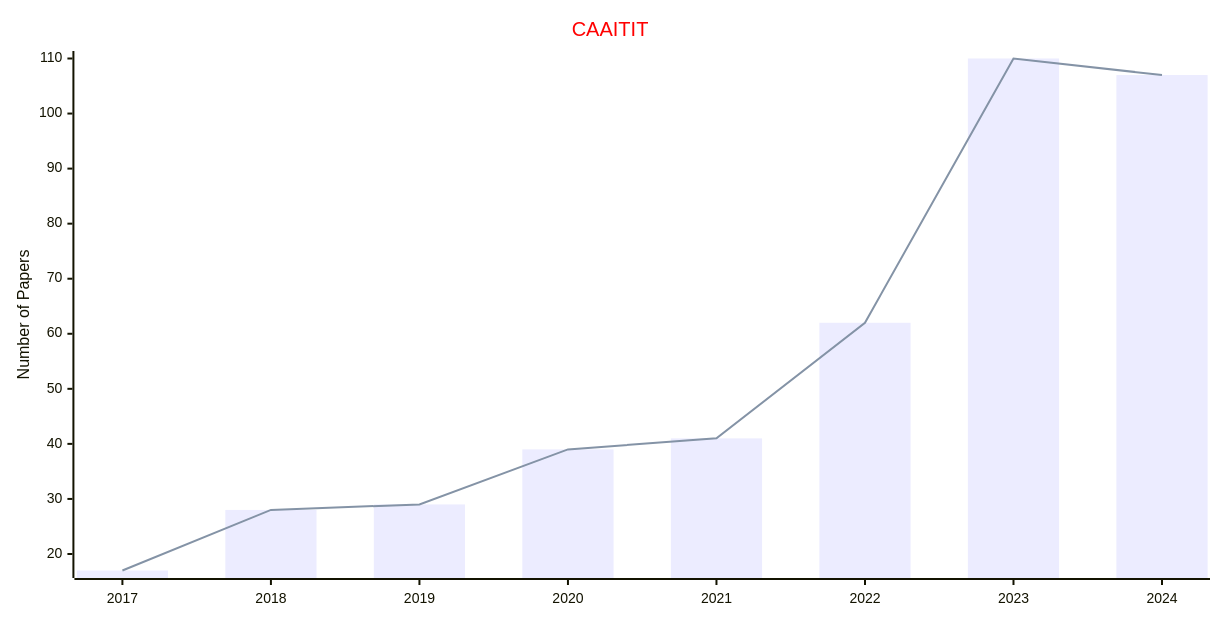
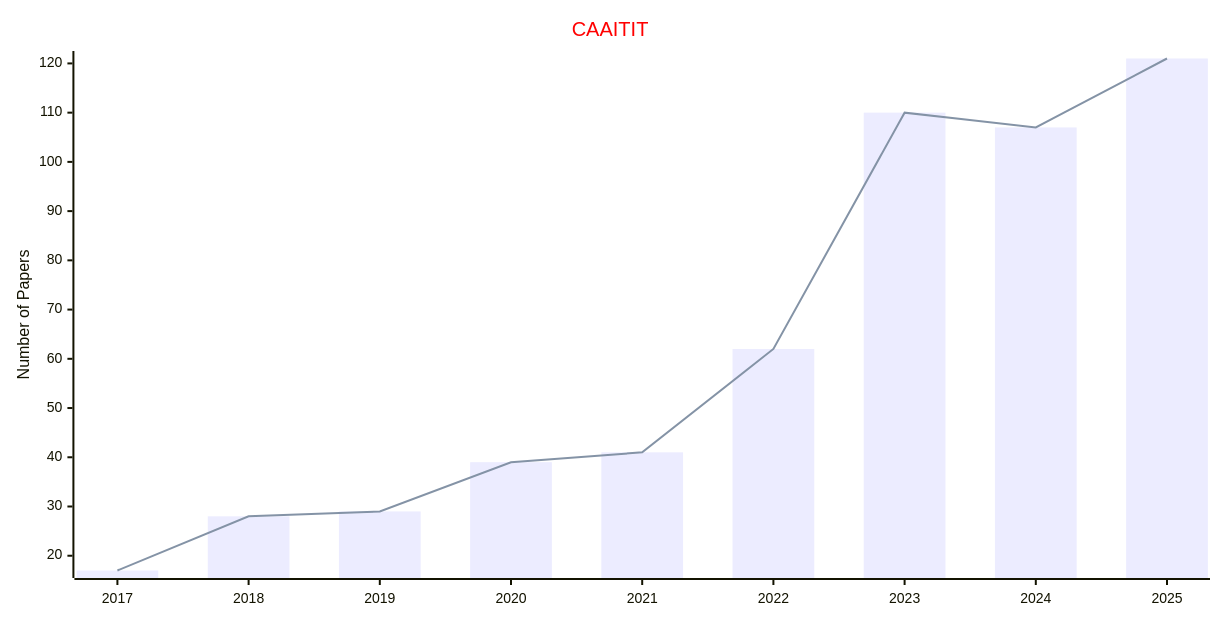
Before and after one commit to Easy-PhD/AILinks: diagram 23 of 27 in docs/data/Journals/Statistics_Journals/Artificial_Intelligence.md, drawn with Mermaid. The commit also changed other lines of this file and 107 other files, not shown here.

````diff
--- a/docs/data/Journals/Statistics_Journals/Artificial_Intelligence.md
+++ b/docs/data/Journals/Statistics_Journals/Artificial_Intelligence.md
@@ -537,17 +537,17 @@
 ```mermaid
 ---
 config:
     xyChart:
         width: 1200
         height: 600
     themeVariables:
         xyChart:
             titleColor: "#ff0000"
 ---
 xychart-beta
     title "CAAITIT"
-    x-axis [2017, 2018, 2019, 2020, 2021, 2022, 2023, 2024]
+    x-axis [2017, 2018, 2019, 2020, 2021, 2022, 2023, 2024, 2025]
     y-axis "Number of Papers"
-    bar [17, 28, 29, 39, 41, 62, 110, 107]
-    line [17, 28, 29, 39, 41, 62, 110, 107]
+    bar [17, 28, 29, 39, 41, 62, 110, 107, 121]
+    line [17, 28, 29, 39, 41, 62, 110, 107, 121]
 ```
````
